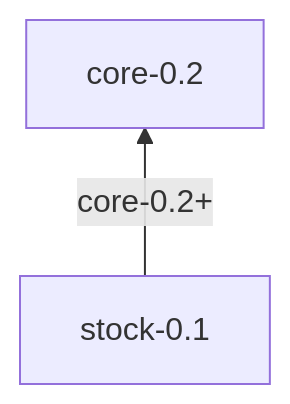
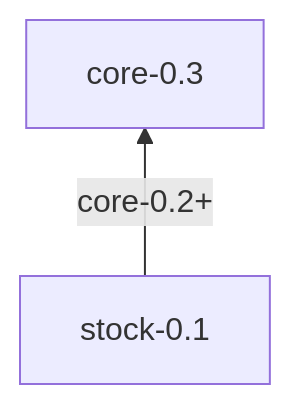
The diagram in docs/standards/README.md (Adisoreq/FormuLang), drawn with Mermaid before and after one commit. The commit also changed other lines of this file and 9 other files, not shown here.

````diff
--- a/docs/standards/README.md
+++ b/docs/standards/README.md
@@ -24,7 +24,7 @@
 ```mermaid
 graph BT
-    core["core-0.2"]
+    core["core-0.3"]
     stock["stock-0.1"]
 
     stock -- "core-0.2+" --> core
 ```
````
